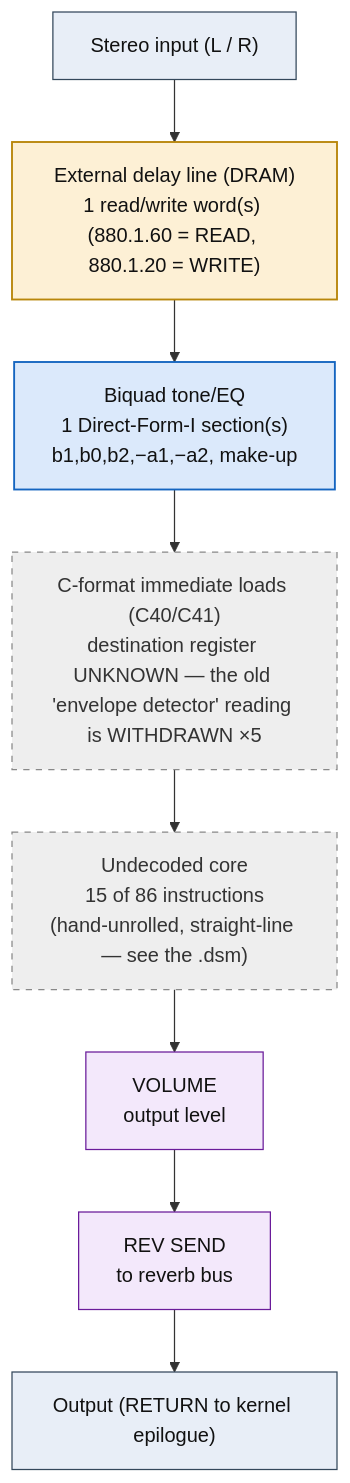
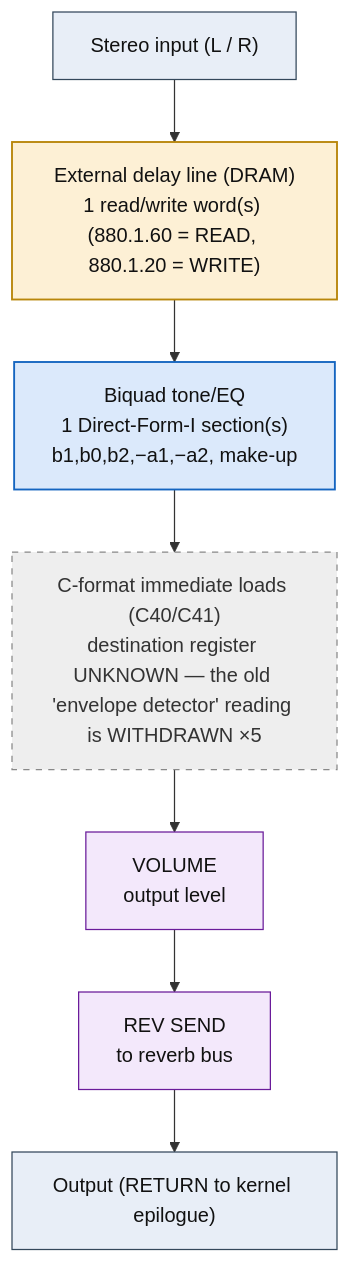
Before and after one commit to ArqueologiaDigital/kn5000-roms-disasm: the diagram in dsp/flowcharts/prog15_rock_rotary.md, drawn with Mermaid. The commit also changed other lines of this file and 39 other files, not shown here.

First line of the commit message:
dsp: annotate all flowcharts with the classic effect topology each shape matches

````diff
--- a/dsp/flowcharts/prog15_rock_rotary.md
+++ b/dsp/flowcharts/prog15_rock_rotary.md
@@ -12,30 +12,28 @@
 ```mermaid
 flowchart TD
     N0["Stereo input (L / R)"]
     N1["External delay line (DRAM)<br/>1 read/write word(s) (880.1.60 = READ, 880.1.20 = WRITE)"]
     N0 --> N1
     N2["Biquad tone/EQ<br/>1 Direct-Form-I section(s)<br/>b1,b0,b2,&minus;a1,&minus;a2, make-up"]
     N1 --> N2
     N3["C-format immediate loads (C40/C41)<br/>destination register UNKNOWN &mdash; the old 'envelope detector' reading is WITHDRAWN &times;5"]
     N2 --> N3
-    N4["Undecoded core<br/>15 of 86 instructions<br/>(hand-unrolled, straight-line &mdash; see the .dsm)"]
+    N4["VOLUME<br/>output level"]
     N3 --> N4
-    N5["VOLUME<br/>output level"]
+    N5["REV SEND<br/>to reverb bus"]
     N4 --> N5
-    N6["REV SEND<br/>to reverb bus"]
+    N6["Output (RETURN to kernel epilogue)"]
     N5 --> N6
-    N7["Output (RETURN to kernel epilogue)"]
-    N6 --> N7
 
     classDef io fill:#e8eef7,stroke:#33475b,stroke-width:1px,color:#111;
     classDef proven fill:#d7f0d7,stroke:#2e7d32,stroke-width:2px,color:#111;
     classDef measured fill:#dbe9fb,stroke:#1565c0,stroke-width:1.5px,color:#111;
     classDef inferred fill:#fdf0d5,stroke:#b8860b,stroke-width:1.5px,color:#111;
     classDef open fill:#eeeeee,stroke:#888,stroke-width:1px,color:#333,stroke-dasharray:5 5;
     classDef ctrl fill:#f3e8fb,stroke:#6a1b9a,stroke-width:1px,color:#111;
-    class N0,N7 io;
+    class N0,N6 io;
     class N1 inferred;
     class N2 measured;
-    class N3,N4 open;
-    class N5,N6 ctrl;
+    class N3 open;
+    class N4,N5 ctrl;
 ```
````
